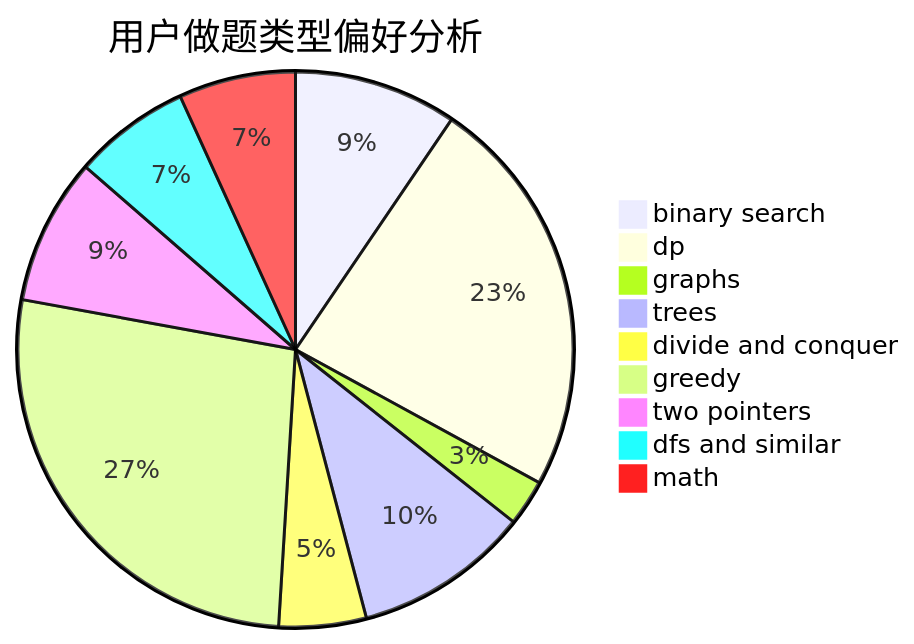
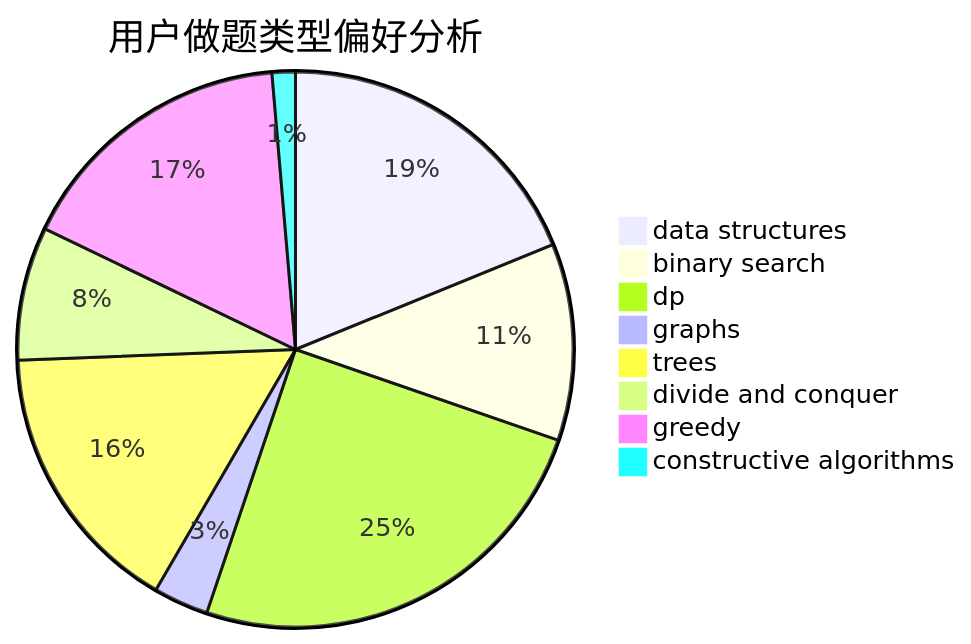
Before and after one commit to sherpahu/cfrs.github.io: the second of 3 diagrams in docs/user/u488.md, drawn with Mermaid. The commit also changed other lines of this file and 2775 other files, not shown here.

````diff
--- a/docs/user/u488.md
+++ b/docs/user/u488.md
@@ -23,12 +23,11 @@
 ```mermaid
 pie title 用户做题类型偏好分析
-    "binary search" :  127
-    "dp" :  314
-    "graphs" :  36
-    "trees" :  137
-    "divide and conquer" :  68
-    "greedy" :  360
-    "two pointers" :  114
-    "dfs and similar" :  91
-    "math" :  91
+    "data structures" :  153
+    "binary search" :  93
+    "dp" :  202
+    "graphs" :  26
+    "trees" :  130
+    "divide and conquer" :  63
+    "greedy" :  134
+    "constructive algorithms" :  11
 ```
````
